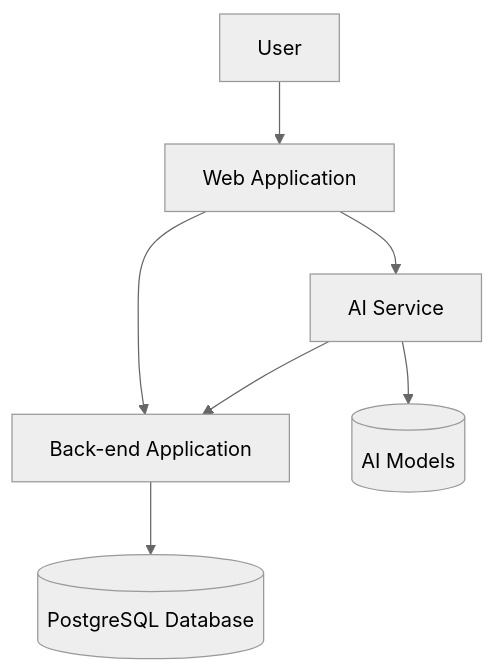
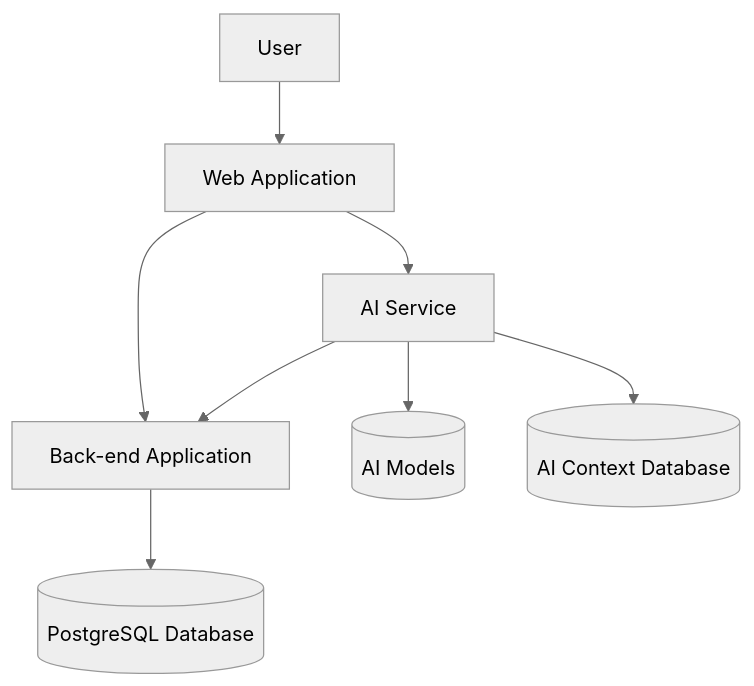
Before and after one commit to infina-pfa/infina-pfa: the diagram in docs/architecture/overview.md, drawn with Mermaid (neutral theme). The commit also changed other lines of this file, not shown here.

First line of the commit message:
Enhance Architecture Overview Document for Infina Personal Financial Advisor

````diff
--- a/docs/architecture/overview.md
+++ b/docs/architecture/overview.md
@@ -13,9 +13,10 @@
 ```mermaid
 graph TD
     User[User] --> WebApp[Web Application]
     WebApp --> Backend[Back-end Application]
     WebApp --> AIService[AI Service]
     AIService --> Backend
     Backend --> Database[(PostgreSQL Database)]
     AIService --> AIModels[(AI Models)]
+    AIService --> AIDatabase[(AI Context Database)]
 ```
````
